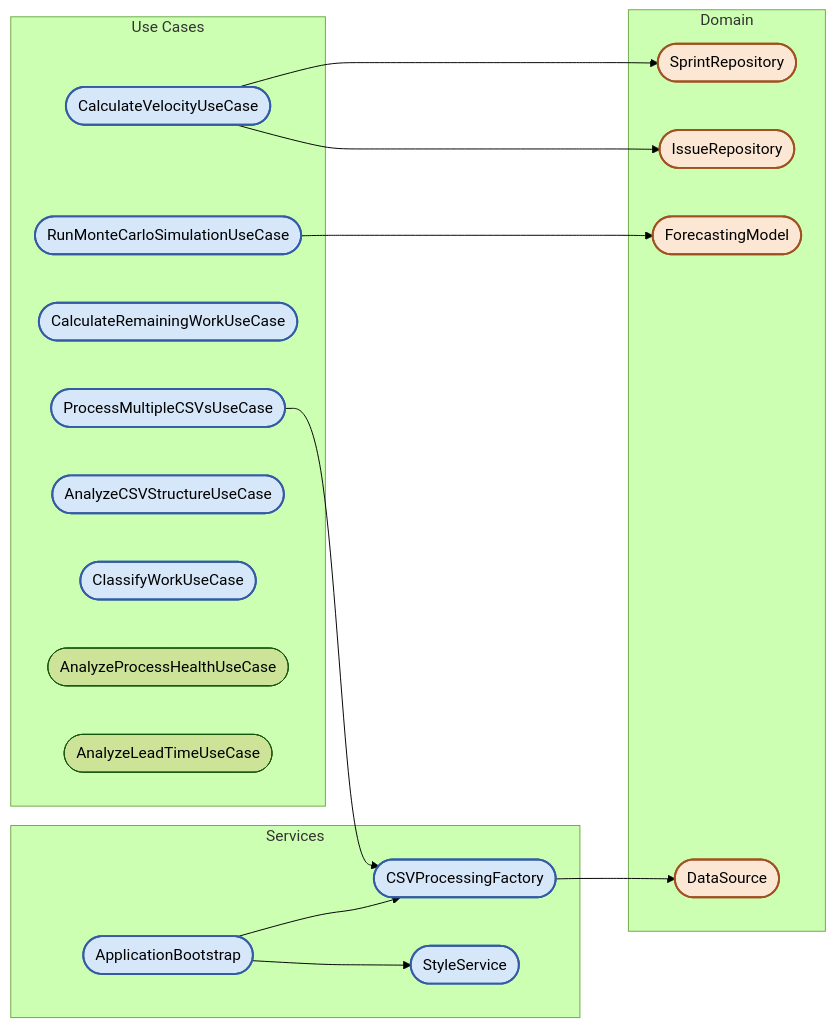
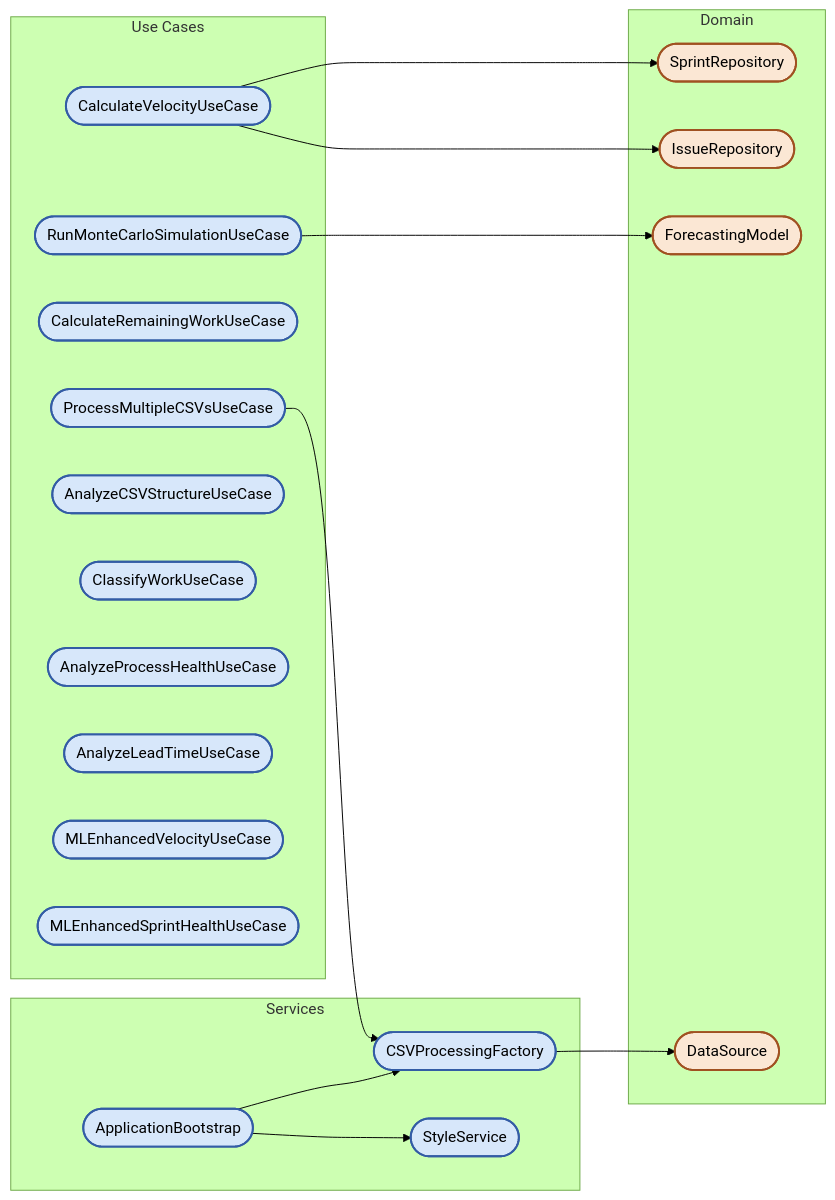
The third of 8 diagrams in docs/ARCHITECTURE.md (opreto/jira-monte-carlo), drawn with Mermaid (forest theme) before and after one commit. The commit also changed other lines of this file and 2 other files, not shown here.

First line of the commit message:
Update architecture documentation and apply code formatting

````diff
--- a/docs/ARCHITECTURE.md
+++ b/docs/ARCHITECTURE.md
@@ -286,57 +334,63 @@
 ```mermaid
 %%{init: { 'flowchart': { 'curve': 'basis', 'htmlLabels': false }}}%%
 flowchart LR
     subgraph UC["Use Cases"]
         CV([CalculateVelocityUseCase])
         MC([RunMonteCarloSimulationUseCase])
         RW([CalculateRemainingWorkUseCase])
         MP([ProcessMultipleCSVsUseCase])
         CS([AnalyzeCSVStructureUseCase])
         WC([ClassifyWorkUseCase])
         PH([AnalyzeProcessHealthUseCase])
         LT([AnalyzeLeadTimeUseCase])
+        MLV([MLEnhancedVelocityUseCase])
+        MLSH([MLEnhancedSprintHealthUseCase])
     end
     
     subgraph Services
         SS([StyleService])
         CSVFactory([CSVProcessingFactory])
         Bootstrap([ApplicationBootstrap])
     end
     
     subgraph Domain
         IR([IssueRepository])
         SR([SprintRepository])
         DS([DataSource])
         FM([ForecastingModel])
     end
     
     CV --> IR
     CV --> SR
     
     MC --> FM
     
     MP --> CSVFactory
     CSVFactory --> DS
     
     Bootstrap --> SS
     Bootstrap --> CSVFactory
 
     %% Style use cases
     style CV fill:#D7E7FA,stroke:#335CA5,stroke-width:2px
     style MC fill:#D7E7FA,stroke:#335CA5,stroke-width:2px
     style RW fill:#D7E7FA,stroke:#335CA5,stroke-width:2px
     style MP fill:#D7E7FA,stroke:#335CA5,stroke-width:2px
     style CS fill:#D7E7FA,stroke:#335CA5,stroke-width:2px
     style WC fill:#D7E7FA,stroke:#335CA5,stroke-width:2px
+    style PH fill:#D7E7FA,stroke:#335CA5,stroke-width:2px
+    style LT fill:#D7E7FA,stroke:#335CA5,stroke-width:2px
+    style MLV fill:#D7E7FA,stroke:#335CA5,stroke-width:2px
+    style MLSH fill:#D7E7FA,stroke:#335CA5,stroke-width:2px
 
     %% Style services
     style SS fill:#D7E7FA,stroke:#335CA5,stroke-width:2px
     style CSVFactory fill:#D7E7FA,stroke:#335CA5,stroke-width:2px
     style Bootstrap fill:#D7E7FA,stroke:#335CA5,stroke-width:2px
 
     %% Style domain components
     style IR fill:#FBE7D4,stroke:#A05121,stroke-width:2px
     style SR fill:#FBE7D4,stroke:#A05121,stroke-width:2px
     style DS fill:#FBE7D4,stroke:#A05121,stroke-width:2px
     style FM fill:#FBE7D4,stroke:#A05121,stroke-width:2px
 ```
````
